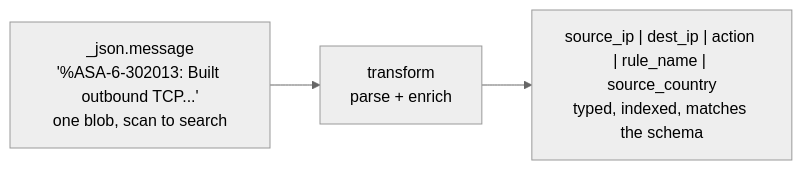
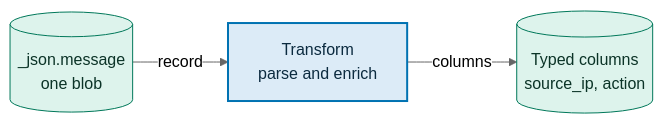
One commit to hyperi-io/dfe-engine changed the third of 3 diagrams in docs/data-evolution.md. Above: the diagram before and after it, drawn with Mermaid (neutral theme). The commit also changed other lines of this file and 71 other files, not shown here.

First line of the commit message:
docs(engine): fix 159 claims and redraw every diagram

````diff
--- a/docs/data-evolution.md
+++ b/docs/data-evolution.md
@@ -174,7 +180,18 @@
 ```mermaid
 flowchart LR
-    RAW["_json.message<br/>'%ASA-6-302013: Built outbound TCP...'<br/>one blob, scan to search"]
-    XF["transform<br/>parse + enrich"]
-    COLS["source_ip | dest_ip | action | rule_name | source_country<br/>typed, indexed, matches the schema"]
-    RAW --> XF --> COLS
+    accTitle: L4 Detail -- What a transform does
+    accDescr: A message held as one blob in _json goes through a transform that parses and enriches it into typed, indexed columns that match the schema.
+
+    raw[("_json.message<br/>one blob")]
+    xform["Transform<br/>parse and enrich"]
+    cols[("Typed columns<br/>source_ip, action")]
+
+    raw -->|record| xform
+    xform -->|columns| cols
+
+    classDef default fill:#F8FAFC,stroke:#64748B,stroke-width:1px,color:#0F172A
+    classDef core fill:#DCEBF7,stroke:#0072B2,stroke-width:2px,color:#0B2A3F
+    classDef store fill:#DDF3EC,stroke:#00785A,stroke-width:1px,color:#0B3327
+    class xform core
+    class raw,cols store
 ```
````
